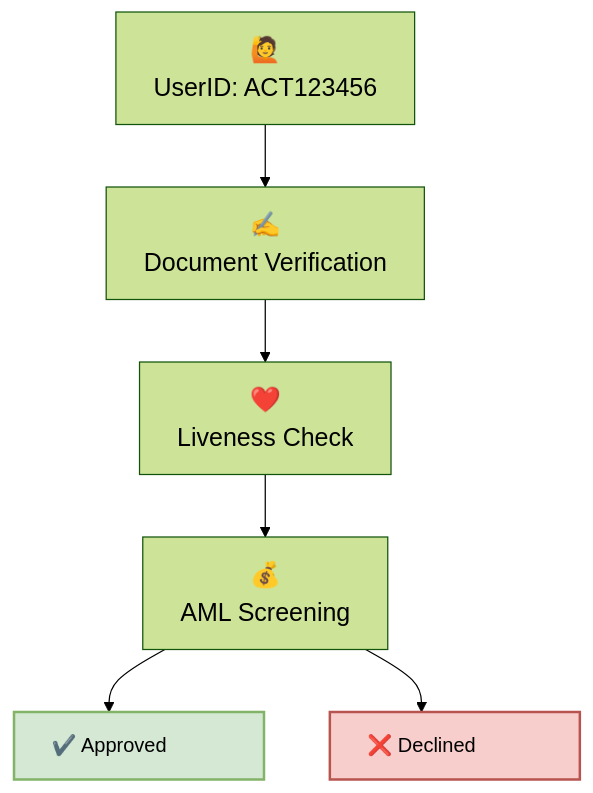
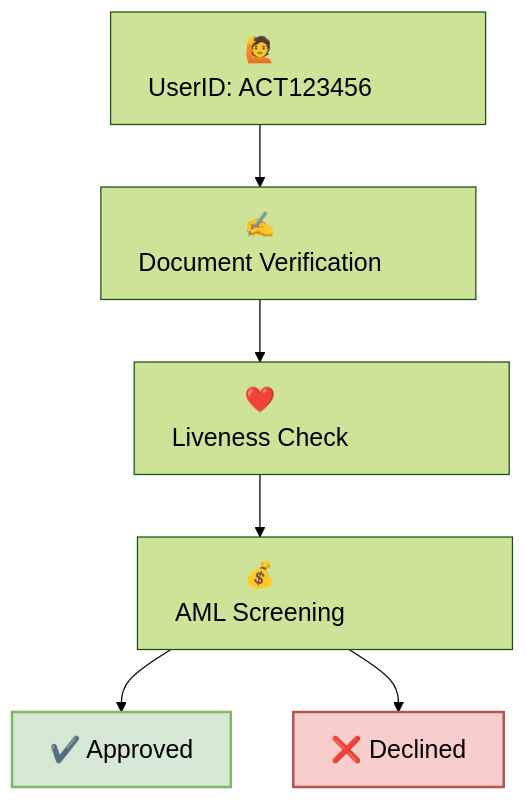
The diagram in id/id.mdx (Fantastic-Devs/Mintlify), drawn with Mermaid (forest theme) before and after one commit.

````diff
--- a/id/id.mdx
+++ b/id/id.mdx
@@ -17,23 +17,32 @@
 ```mermaid
 
 graph TB;
     A["🙋<br />UserID: ACT123456"]
     B["✍<br />Document Verification"];
     C["❤️<br />Liveness Check"];
     D["💰<br />AML Screening"];
     E["✔️ Approved"];
     F["❌ Declined"];
 
     A --> B;
     B --> C;
     C --> D;
     D --> E;
     D --> F;
     %% Classes
-    classDef largeText font-size:20px, text-align:center;
-    class A,B,C,D largeText;
-
-    style E fill:#d5e8d4,stroke:#82b366,stroke-width:2px, width:200px, display:block, margin:auto;
-    style F fill:#f8cecc,stroke:#b85450,stroke-width:2px, width:200px, display:block, margin:auto;
+    classDef largeText font-size:20px;
+    class A largeText;
+    class B largeText;
+    class C largeText;
+    class D largeText;
+    class E largeText;
+    class F largeText;
+ 
+    style A width:300px, text-align:center;
+    style B width:300px, text-align:center;
+    style C width:300px, text-align:center;
+    style D width:300px, text-align:center;
+    style E fill:#d5e8d4,stroke:#82b366,stroke-width:2px;
+    style F fill:#f8cecc,stroke:#b85450,stroke-width:2px;
 
 ```
````
